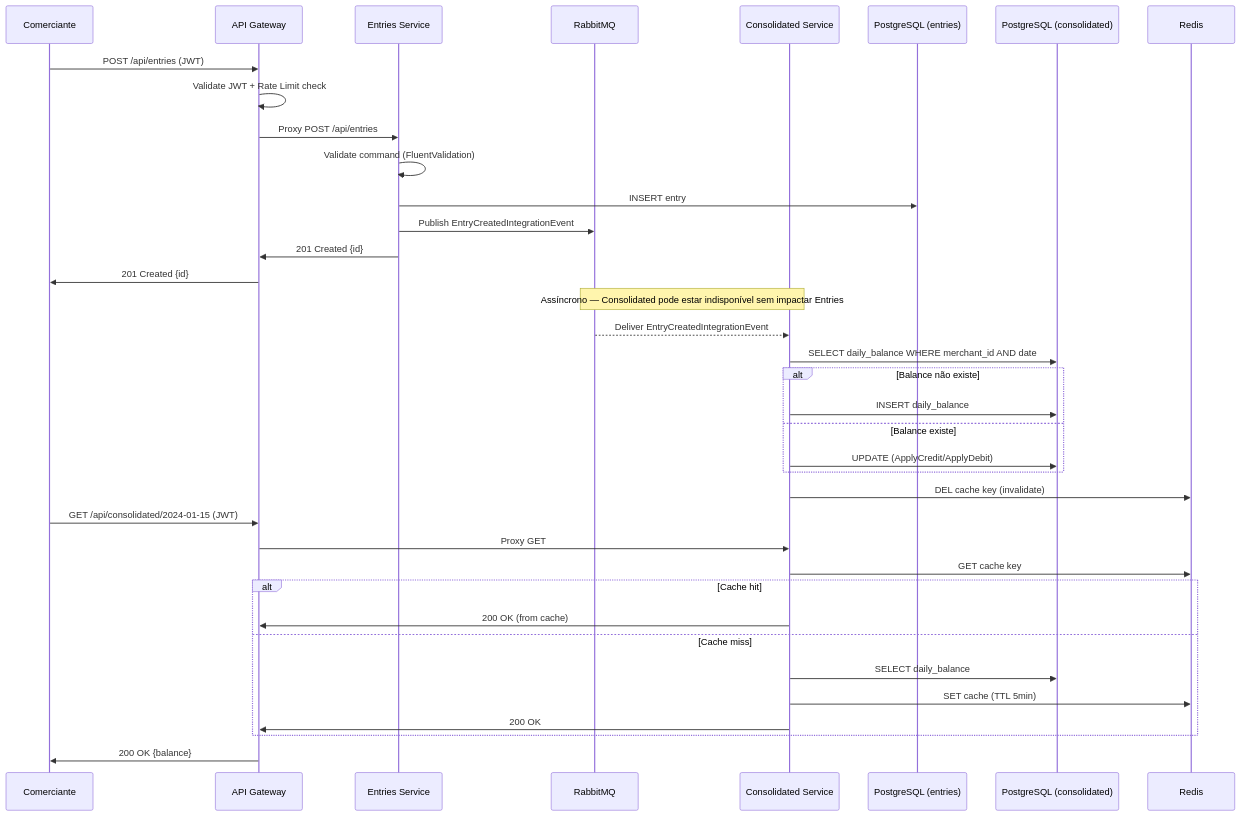
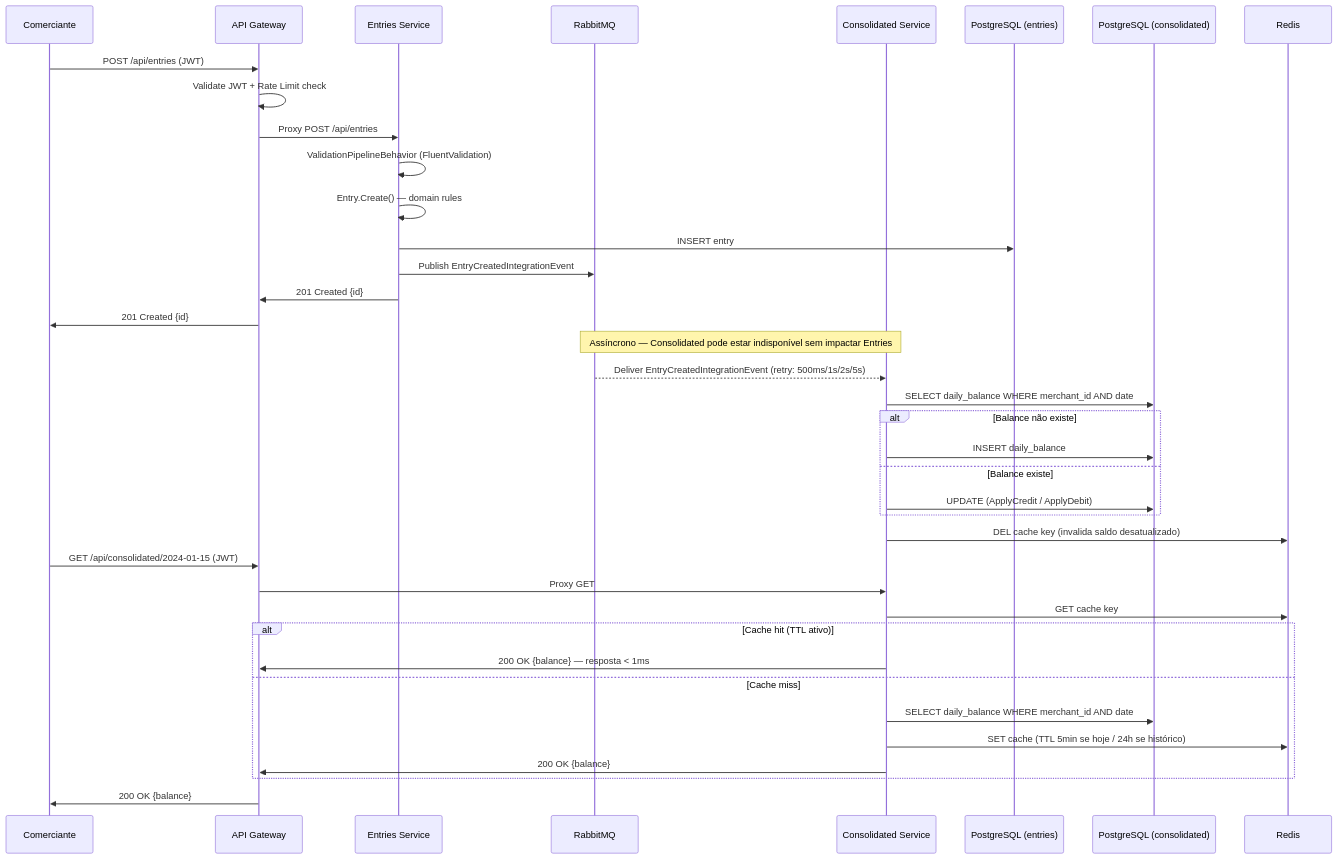
One commit to wallacecamacho/mtech-arqsol changed the third of 3 diagrams in docs/architecture/component.md. Above: the diagram before and after it, drawn with Mermaid. The commit also changed other lines of this file, not shown here.

````diff
--- a/docs/architecture/component.md
+++ b/docs/architecture/component.md
@@ -59,43 +114,44 @@
 ```mermaid
 sequenceDiagram
     participant C as Comerciante
     participant GW as API Gateway
     participant ES as Entries Service
     participant MQ as RabbitMQ
     participant CS as Consolidated Service
     participant DB1 as PostgreSQL (entries)
     participant DB2 as PostgreSQL (consolidated)
     participant RD as Redis
 
     C->>GW: POST /api/entries (JWT)
     GW->>GW: Validate JWT + Rate Limit check
     GW->>ES: Proxy POST /api/entries
-    ES->>ES: Validate command (FluentValidation)
+    ES->>ES: ValidationPipelineBehavior (FluentValidation)
+    ES->>ES: Entry.Create() — domain rules
     ES->>DB1: INSERT entry
     ES->>MQ: Publish EntryCreatedIntegrationEvent
     ES->>GW: 201 Created {id}
     GW->>C: 201 Created {id}
 
     Note over MQ,CS: Assíncrono — Consolidated pode estar indisponível sem impactar Entries
 
-    MQ-->>CS: Deliver EntryCreatedIntegrationEvent
+    MQ-->>CS: Deliver EntryCreatedIntegrationEvent (retry: 500ms/1s/2s/5s)
     CS->>DB2: SELECT daily_balance WHERE merchant_id AND date
     alt Balance não existe
         CS->>DB2: INSERT daily_balance
     else Balance existe
-        CS->>DB2: UPDATE (ApplyCredit/ApplyDebit)
+        CS->>DB2: UPDATE (ApplyCredit / ApplyDebit)
     end
-    CS->>RD: DEL cache key (invalidate)
+    CS->>RD: DEL cache key (invalida saldo desatualizado)
 
     C->>GW: GET /api/consolidated/2024-01-15 (JWT)
     GW->>CS: Proxy GET
     CS->>RD: GET cache key
-    alt Cache hit
-        CS->>GW: 200 OK (from cache)
+    alt Cache hit (TTL ativo)
+        CS->>GW: 200 OK {balance} — resposta < 1ms
     else Cache miss
-        CS->>DB2: SELECT daily_balance
-        CS->>RD: SET cache (TTL 5min)
-        CS->>GW: 200 OK
+        CS->>DB2: SELECT daily_balance WHERE merchant_id AND date
+        CS->>RD: SET cache (TTL 5min se hoje / 24h se histórico)
+        CS->>GW: 200 OK {balance}
     end
     GW->>C: 200 OK {balance}
 ```
````
